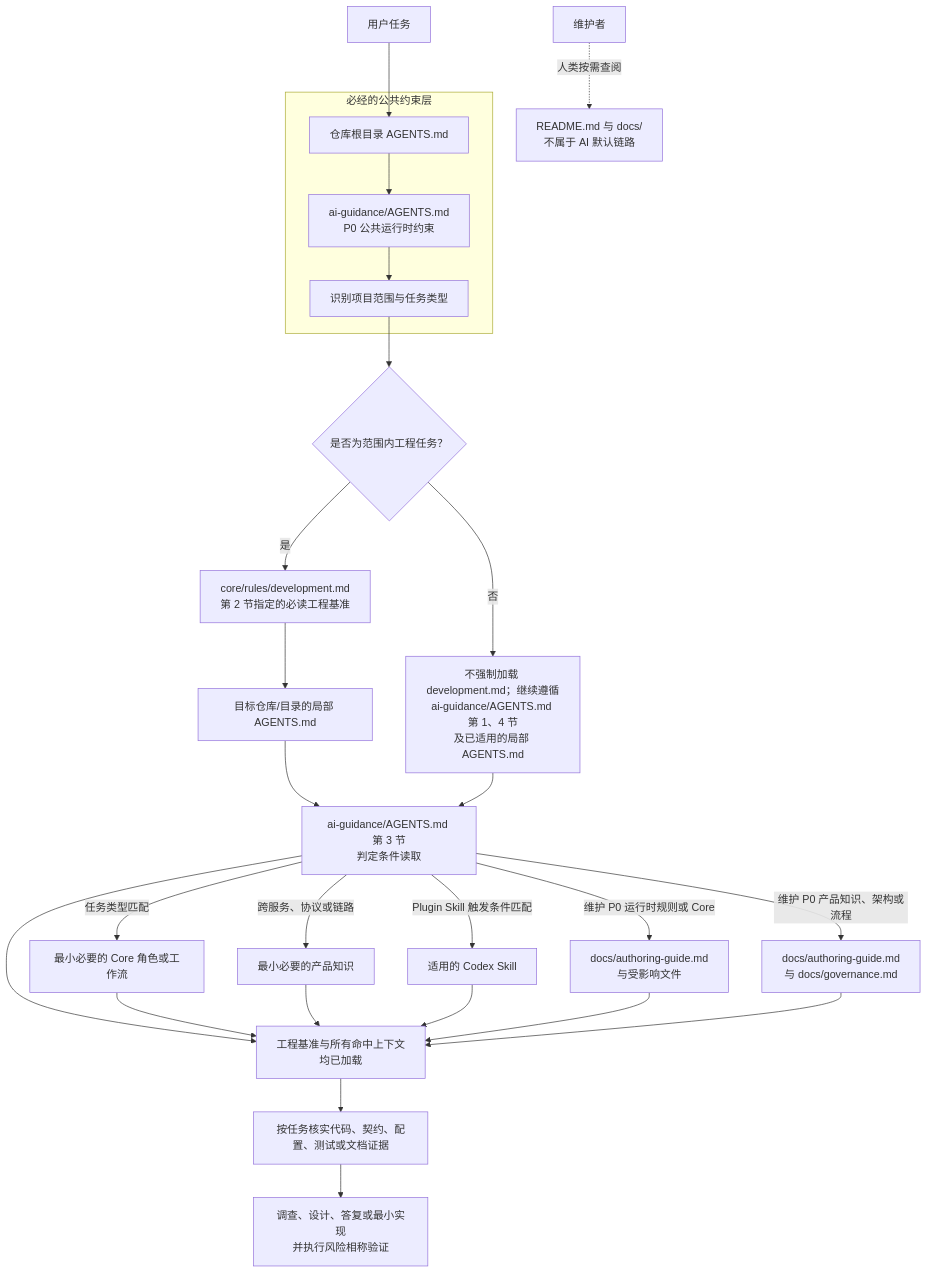
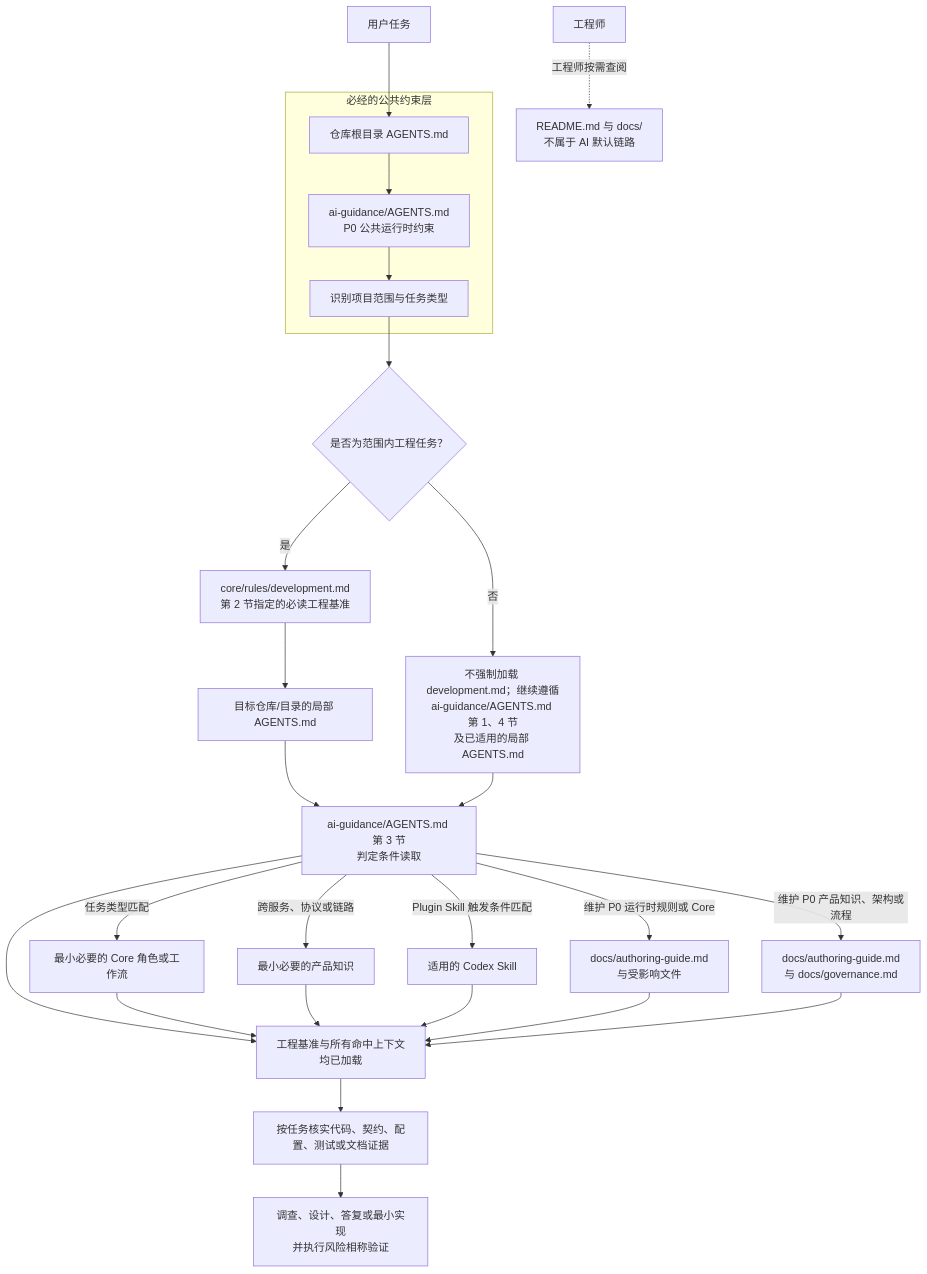
Before and after one commit to cnxutu/tu-devkit: the first of 2 diagrams in ai-guidance/docs/project-guide.md, drawn with Mermaid. The commit also changed other lines of this file and 4 other files, not shown here.

````diff
--- a/ai-guidance/docs/project-guide.md
+++ b/ai-guidance/docs/project-guide.md
@@ -9,30 +9,30 @@
 ```mermaid
 flowchart TD
     U[用户任务] --> R
     subgraph REQUIRED[必经的公共约束层]
         R[仓库根目录 AGENTS.md]
         P0[ai-guidance/AGENTS.md\nP0 公共运行时约束]
         S[识别项目范围与任务类型]
         R --> P0 --> S
     end
     S --> W{是否为范围内工程任务？}
     W -->|是| D[core/rules/development.md\n第 2 节指定的必读工程基准]
     D --> L[目标仓库/目录的局部 AGENTS.md]
     L --> B[ai-guidance/AGENTS.md 第 3 节\n判定条件读取]
     B -->|任务类型匹配| CR[最小必要的 Core 角色或工作流]
     B -->|跨服务、协议或链路| PK[最小必要的产品知识]
     B -->|Plugin Skill 触发条件匹配| SK[适用的 Codex Skill]
     B -->|维护 P0 运行时规则或 Core| RG[docs/authoring-guide.md\n与受影响文件]
     B -->|维护 P0 产品知识、架构或流程| MG[docs/authoring-guide.md\n与 docs/governance.md]
     B --> C[工程基准与所有命中上下文\n均已加载]
     CR --> C
     PK --> C
     SK --> C
     RG --> C
     MG --> C
     C --> E[按任务核实代码、契约、配置、测试或文档证据]
     E --> I[调查、设计、答复或最小实现\n并执行风险相称验证]
     W -->|否| A[不强制加载 development.md；继续遵循\nai-guidance/AGENTS.md 第 1、4 节\n及已适用的局部 AGENTS.md]
     A --> B
-    M[维护者] -. 人类按需查阅 .-> H[README.md 与 docs/\n不属于 AI 默认链路]
+    M[工程师] -. 工程师按需查阅 .-> H[README.md 与 docs/\n不属于 AI 默认链路]
 ```
````
